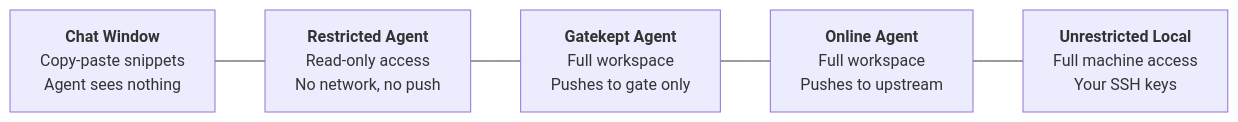
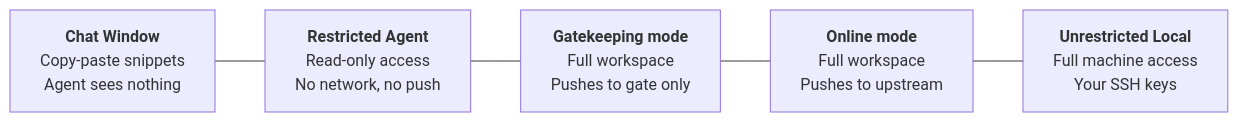
The first of 10 diagrams in docs/concepts.md (terok-ai/terok), drawn with Mermaid before and after one commit. The commit also changed other lines of this file and 12 other files, not shown here.

````diff
--- a/docs/concepts.md
+++ b/docs/concepts.md
@@ -37,5 +37,5 @@
 ```mermaid
 graph LR
-    A["<b>Chat Window</b><br/>Copy-paste snippets<br/>Agent sees nothing"] --- B["<b>Restricted Agent</b><br/>Read-only access<br/>No network, no push"] --- C["<b>Gatekept Agent</b><br/>Full workspace<br/>Pushes to gate only"] --- D["<b>Online Agent</b><br/>Full workspace<br/>Pushes to upstream"] --- E["<b>Unrestricted Local</b><br/>Full machine access<br/>Your SSH keys"]
+    A["<b>Chat Window</b><br/>Copy-paste snippets<br/>Agent sees nothing"] --- B["<b>Restricted Agent</b><br/>Read-only access<br/>No network, no push"] --- C["<b>Gatekeeping mode</b><br/>Full workspace<br/>Pushes to gate only"] --- D["<b>Online mode</b><br/>Full workspace<br/>Pushes to upstream"] --- E["<b>Unrestricted Local</b><br/>Full machine access<br/>Your SSH keys"]
 
 ```
````
